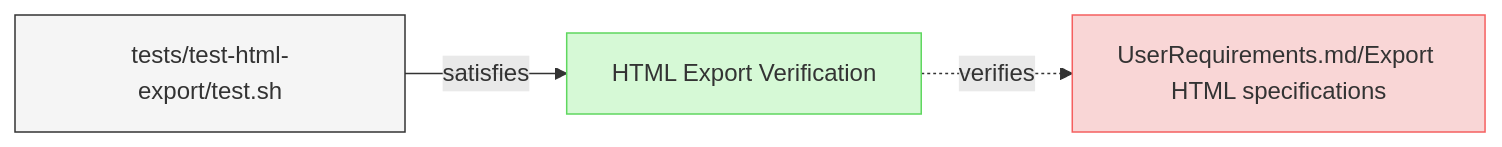
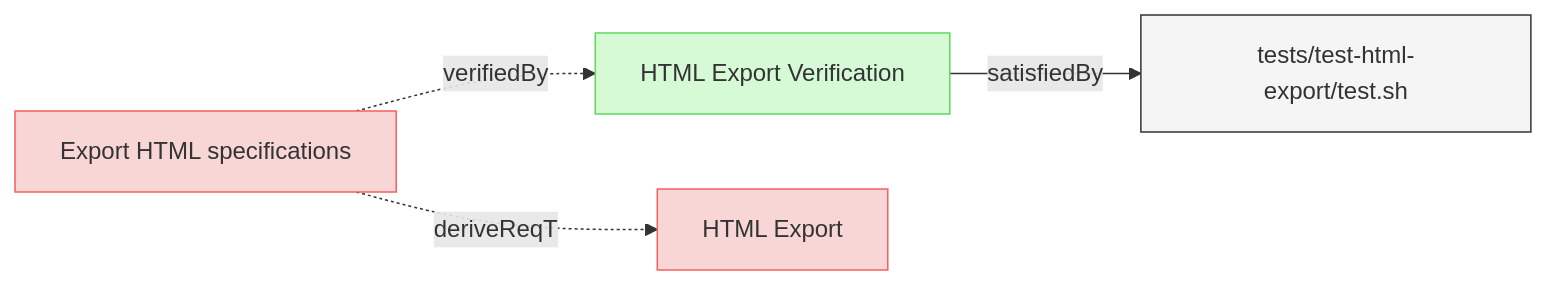
The diagram in specifications/Verifications/Misc.md (reqvire-org/reqvire), drawn with Mermaid before and after one commit. The commit also changed 27 other files, not shown here.

Commit message:
Diagrams update.X

````diff
--- a/specifications/Verifications/Misc.md
+++ b/specifications/Verifications/Misc.md
@@ -6,20 +6,24 @@
 ```mermaid
 graph LR;
   %% Graph styling
   classDef requirement fill:#f9d6d6,stroke:#f55f5f,stroke-width:1px;
   classDef verification fill:#d6f9d6,stroke:#5fd75f,stroke-width:1px;
   classDef externalLink fill:#d0e0ff,stroke:#3080ff,stroke-width:1px;
   classDef default fill:#f5f5f5,stroke:#333333,stroke-width:1px;
 
   14ef985b9a43174e["HTML Export Verification"];
   class 14ef985b9a43174e verification;
   click 14ef985b9a43174e "Misc.md#html-export-verification";
-  a4c40962cac85d0c["UserRequirements.md/Export HTML specifications"];
-  class a4c40962cac85d0c requirement;
-  click a4c40962cac85d0c "../UserRequirements.md#export-html-specifications";
-  14ef985b9a43174e -.->|verifies| a4c40962cac85d0c;
   8899a52ea9866d8b["tests/test-html-export/test.sh"];
   class 8899a52ea9866d8b default;
   click 8899a52ea9866d8b "../../tests/test-html-export/test.sh";
-  8899a52ea9866d8b -->|satisfies| 14ef985b9a43174e;
+  14ef985b9a43174e -->|satisfiedBy| 8899a52ea9866d8b;
+  a4c40962cac85d0c["Export HTML specifications"];
+  class a4c40962cac85d0c requirement;
+  click a4c40962cac85d0c "../UserRequirements.md#export-html-specifications";
+  a4c40962cac85d0c -.->|verifiedBy| 14ef985b9a43174e;
+  5deb63503bdf77c["HTML Export"];
+  class 5deb63503bdf77c requirement;
+  click 5deb63503bdf77c "../SystemRequirements/Requirements.md#html-export";
+  a4c40962cac85d0c -.->|deriveReqT| 5deb63503bdf77c;
 ```
````
